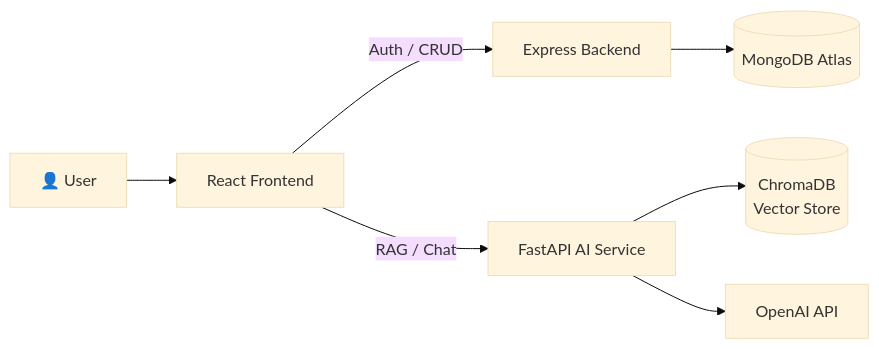
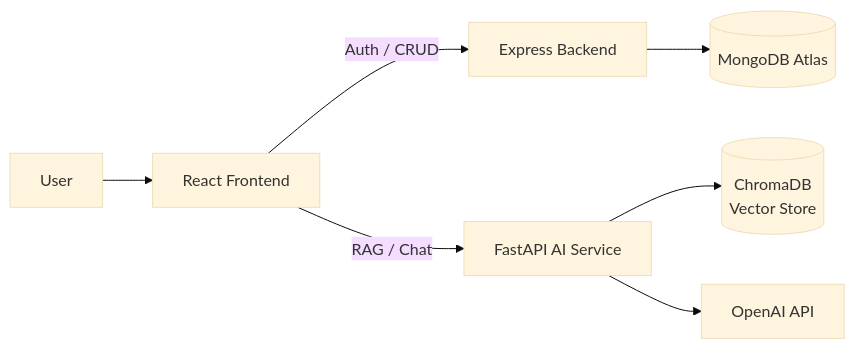
Before and after one commit to tien-quang/ProjectTienHuynh: the diagram in README.md, drawn with Mermaid (base theme). The commit also changed other lines of this file, not shown here.

````diff
--- a/README.md
+++ b/README.md
@@ -54,9 +54,9 @@
 ```mermaid
 flowchart LR
-    U[👤 User] --> FE[React Frontend]
+    U[ User] --> FE[React Frontend]
     FE -->|Auth / CRUD| BE[Express Backend]
     FE -->|RAG / Chat| AI[FastAPI AI Service]
     BE --> DB[(MongoDB Atlas)]
     AI --> VS[(ChromaDB<br/>Vector Store)]
     AI --> LLM[OpenAI API]
 ```
````
